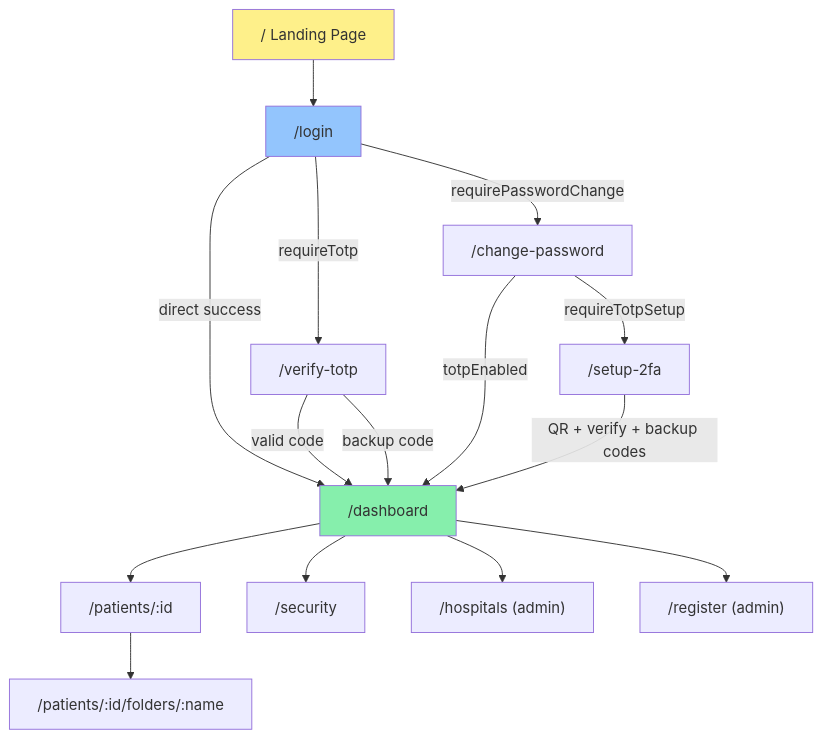
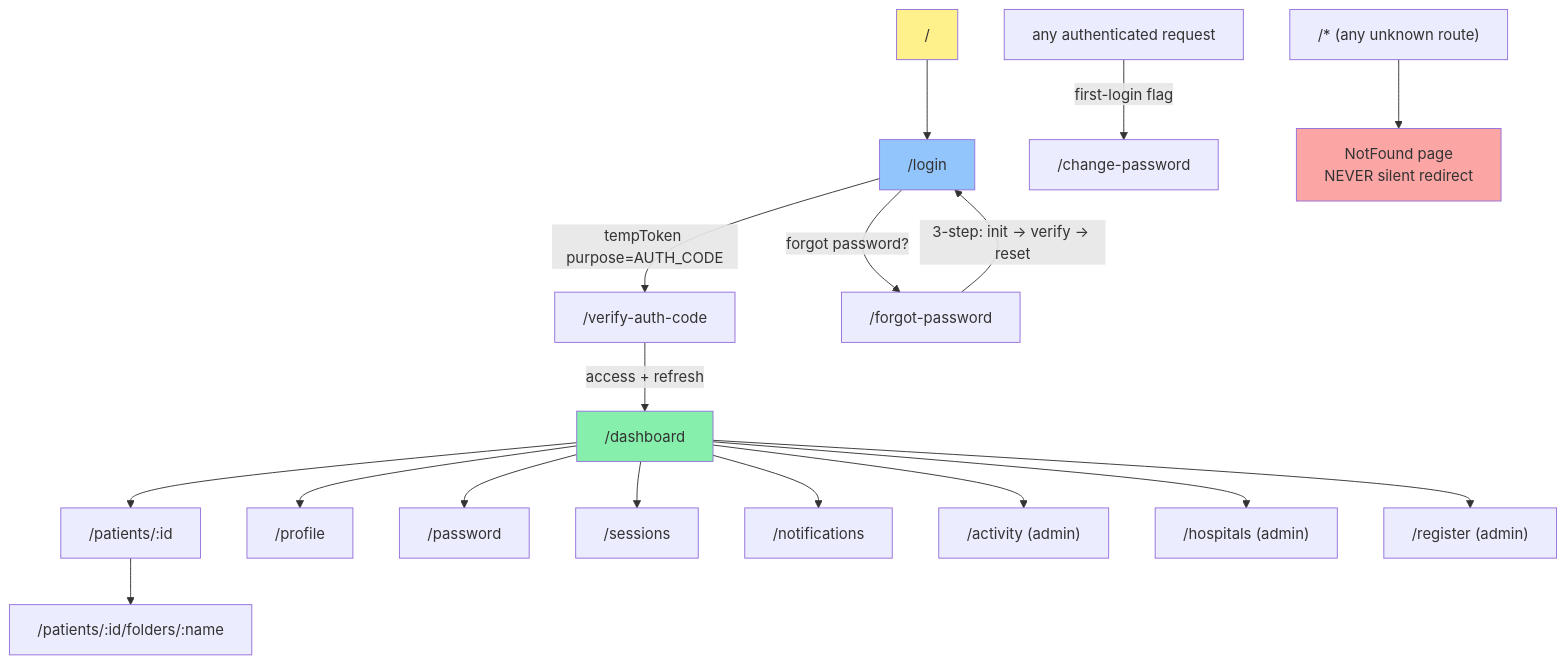
The second of 5 diagrams in frontend/README.md (urvagandhi/Hospital-Management), drawn with Mermaid before and after one commit. The commit also changed other lines of this file and 5 other files, not shown here.

````diff
--- a/frontend/README.md
+++ b/frontend/README.md
@@ -43,27 +48,29 @@
 ```mermaid
 flowchart TD
-    LANDING["/ Landing Page"] --> LOGIN
+    LANDING["/"] --> LOGIN
 
-    LOGIN["/login"] -->|requireTotp| TOTP["/verify-totp"]
-    LOGIN -->|requirePasswordChange| CHPW["/change-password"]
-    LOGIN -->|direct success| DASH
+    LOGIN["/login"] -->|tempToken purpose=AUTH_CODE| VERIFY["/verify-auth-code"]
+    VERIFY -->|access + refresh| DASH["/dashboard"]
+    LOGIN -->|forgot password?| FORGOT["/forgot-password"]
+    FORGOT -->|3-step: init → verify → reset| LOGIN
 
-    TOTP -->|valid code| DASH
-    TOTP -->|backup code| DASH
-
-    CHPW -->|requireTotpSetup| SETUP["/setup-2fa"]
-    CHPW -->|totpEnabled| DASH
-
-    SETUP -->|QR + verify + backup codes| DASH
-
-    DASH["/dashboard"] --> PATIENT["/patients/:id"]
+    DASH --> PATIENT["/patients/:id"]
     PATIENT --> FOLDER["/patients/:id/folders/:name"]
 
-    DASH --> SECURITY["/security"]
+    DASH --> PROFILE["/profile"]
+    DASH --> PASSWORD["/password"]
+    DASH --> SESSIONS["/sessions"]
+    DASH --> NOTIFY["/notifications"]
+    DASH --> ACTIVITY["/activity (admin)"]
     DASH --> HOSPITALS["/hospitals (admin)"]
     DASH --> REGISTER["/register (admin)"]
+
+    AUTH_REQ["any authenticated request"] -->|first-login flag| CHPW["/change-password"]
+
+    CATCHALL["/*  (any unknown route)"] --> NOTFOUND["NotFound page<br/>NEVER silent redirect"]
 
     style DASH fill:#86efac
     style LOGIN fill:#93c5fd
     style LANDING fill:#fef08a
+    style NOTFOUND fill:#fca5a5
 ```
````
